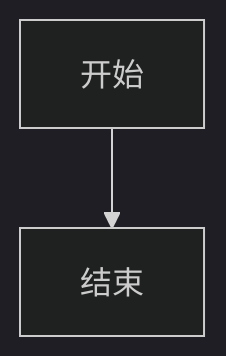
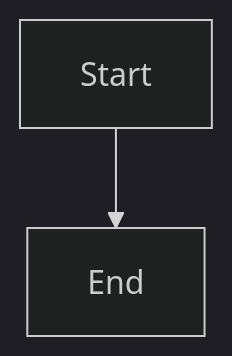
One commit to dcloudio/hbuilderx-extension-docs changed the second of 7 diagrams in en/Tutorial/Language/markdown.md. Above: the diagram before and after it, drawn with Mermaid (dark theme). The commit also changed other lines of this file and 50 other files, not shown here.

````diff
--- a/en/Tutorial/Language/markdown.md
+++ b/en/Tutorial/Language/markdown.md
@@ -141,4 +141,4 @@
 ```mermaid
 graph TD
-    开始 --> 结束
+    Start --> End
 ```
````
